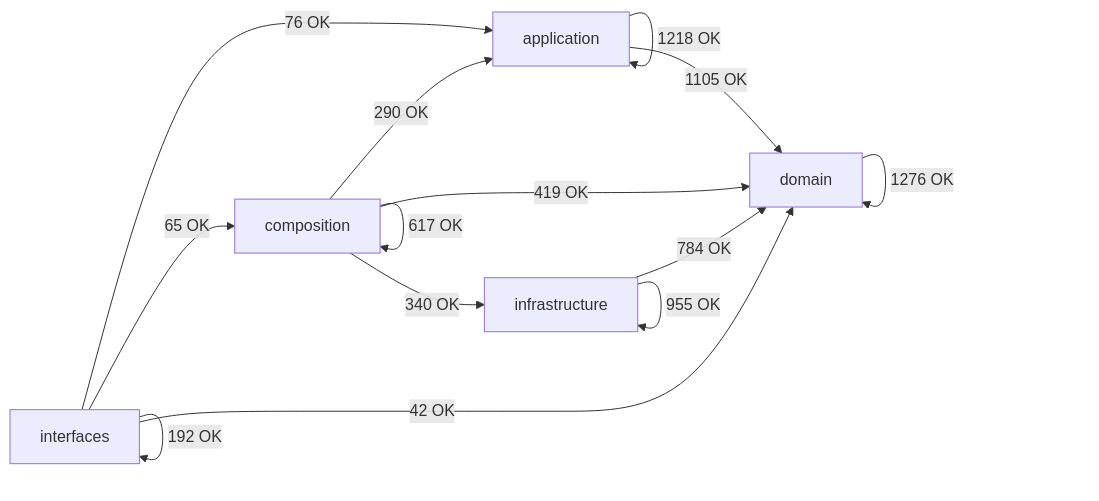
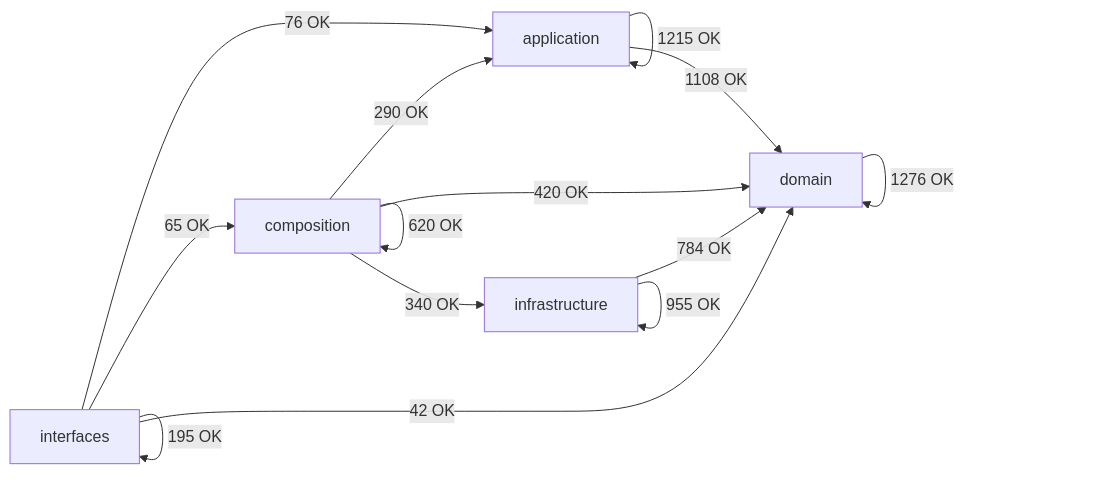
Before and after one commit to SatoryKono/BioactivityDataAcquisition: the diagram in docs/02-architecture/generated/module-dependency-map.md, drawn with Mermaid. The commit also changed other lines of this file and 117 other files, not shown here.

````diff
--- a/docs/02-architecture/generated/module-dependency-map.md
+++ b/docs/02-architecture/generated/module-dependency-map.md
@@ -17,21 +17,21 @@
 ```mermaid
 flowchart LR
     domain[domain]
     application[application]
     infrastructure[infrastructure]
     composition[composition]
     interfaces[interfaces]
-    application -->|1218 OK| application
-    application -->|1105 OK| domain
+    application -->|1215 OK| application
+    application -->|1108 OK| domain
     composition -->|290 OK| application
-    composition -->|617 OK| composition
-    composition -->|419 OK| domain
+    composition -->|620 OK| composition
+    composition -->|420 OK| domain
     composition -->|340 OK| infrastructure
     domain -->|1276 OK| domain
     infrastructure -->|784 OK| domain
     infrastructure -->|955 OK| infrastructure
     interfaces -->|76 OK| application
     interfaces -->|65 OK| composition
     interfaces -->|42 OK| domain
-    interfaces -->|192 OK| interfaces
+    interfaces -->|195 OK| interfaces
 ```
````
